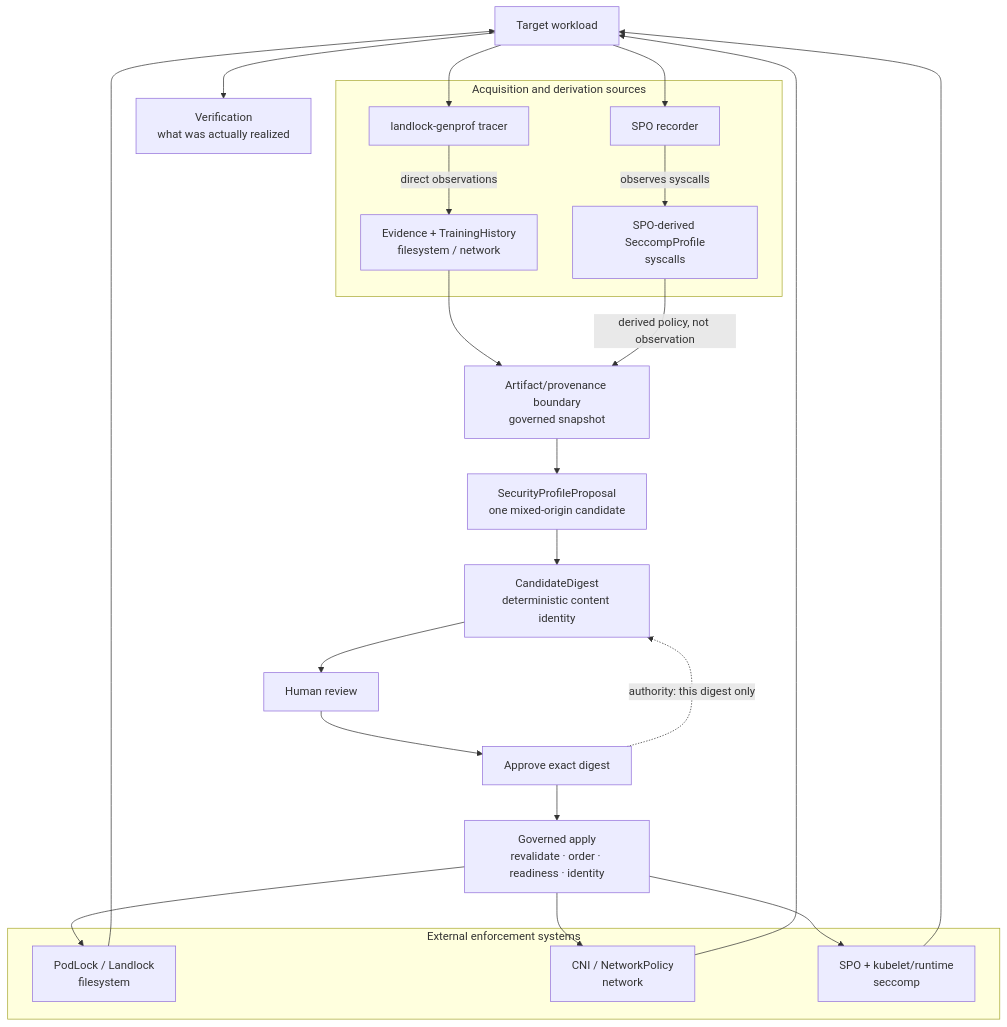
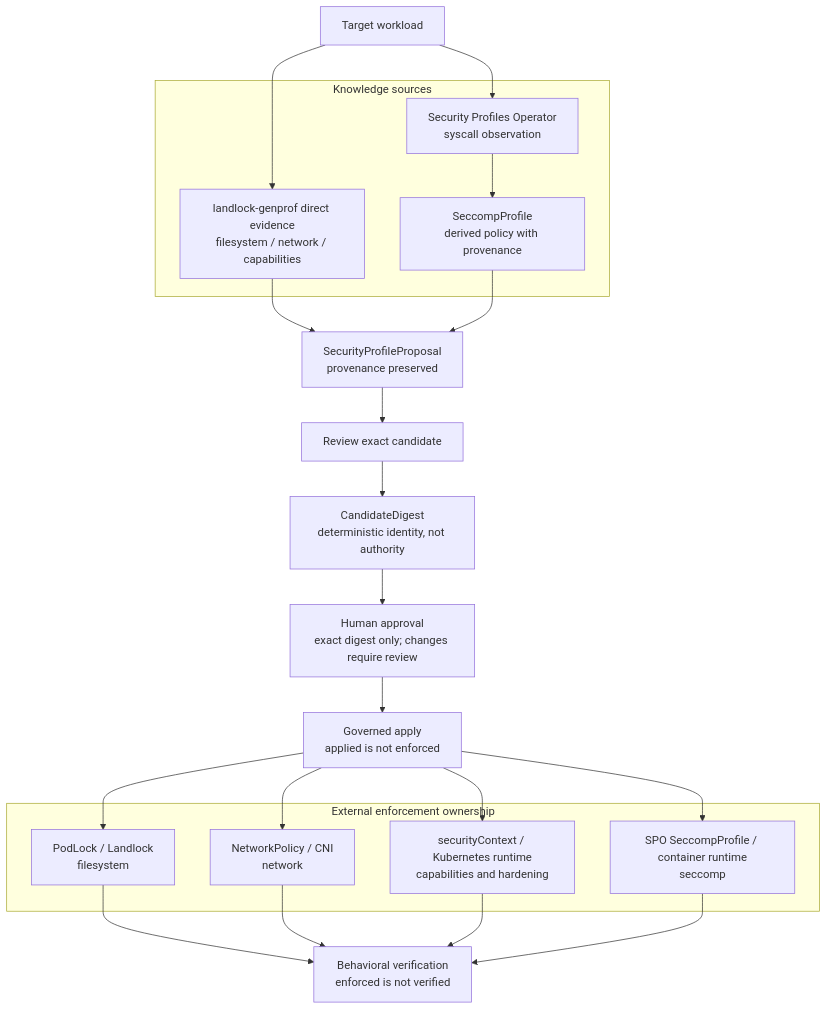
Before and after one commit to idriss-eliguene/landlock-genprof: the diagram in docs/architecture.md, drawn with Mermaid.

Commit message:
fix(docs): repair current architecture diagram (#146)

````diff
--- a/docs/architecture.md
+++ b/docs/architecture.md
@@ -11,42 +11,43 @@
 ```mermaid
 flowchart TD
     WORKLOAD["Target workload"]
 
-    subgraph sources["Acquisition and derivation sources"]
-        TRACER["landlock-genprof tracer"]
-        SPOREC["SPO recorder"]
-        HISTORY["Evidence + TrainingHistory<br/>filesystem / network"]
-        SPOSOURCE["SPO-derived SeccompProfile<br/>syscalls"]
+    subgraph SOURCES["Knowledge sources"]
+        DIRECT["landlock-genprof direct evidence<br/>filesystem / network / capabilities"]
+        SPO["Security Profiles Operator<br/>syscall observation"]
+        DERIVED["SeccompProfile<br/>derived policy with provenance"]
     end
 
-    SNAPSHOT["Artifact/provenance boundary<br/>governed snapshot"]
-    PROPOSAL["SecurityProfileProposal<br/>one mixed-origin candidate"]
-    DIGEST["CandidateDigest<br/>deterministic content identity"]
-    REVIEW["Human review"]
-    APPROVE["Approve exact digest"]
-    APPLY["Governed apply<br/>revalidate · order · readiness · identity"]
+    PROPOSAL["SecurityProfileProposal<br/>provenance preserved"]
+    REVIEW["Review exact candidate"]
+    DIGEST["CandidateDigest<br/>deterministic identity, not authority"]
+    APPROVAL["Human approval<br/>exact digest only; changes require review"]
+    APPLY["Governed apply<br/>applied is not enforced"]
 
-    subgraph backends["External enforcement systems"]
-        PODLOCK["PodLock / Landlock<br/>filesystem"]
-        CNI["CNI / NetworkPolicy<br/>network"]
-        SPO["SPO + kubelet/runtime<br/>seccomp"]
+    subgraph BACKENDS["External enforcement ownership"]
+        FILESYSTEM["PodLock / Landlock<br/>filesystem"]
+        NETWORK["NetworkPolicy / CNI<br/>network"]
+        HARDENING["securityContext / Kubernetes runtime<br/>capabilities and hardening"]
+        SECCOMP["SPO SeccompProfile / container runtime<br/>seccomp"]
     end
 
-    VERIFY["Verification<br/>what was actually realized"]
+    VERIFY["Behavioral verification<br/>enforced is not verified"]
 
-    WORKLOAD --> TRACER
-    WORKLOAD --> SPOREC
-    TRACER -->|"direct observations"| HISTORY
-    SPOREC -->|"observes syscalls"| SPOSOURCE
-    HISTORY --> SNAPSHOT
-    SPOSOURCE -->|"derived policy, not observation"| SNAPSHOT
-    SNAPSHOT --> PROPOSAL --> DIGEST --> REVIEW --> APPROVE --> APPLY
-    APPROVE -. "authority: this digest only" .-> DIGEST
-    APPLY --> PODLOCK
-    APPLY --> CNI
-    APPLY --> SPO
-    PODLOCK --> WORKLOAD
-    CNI --> WORKLOAD
-    SPO --> WORKLOAD
-    WORKLOAD --> VERIFY
+    WORKLOAD --> DIRECT
+    WORKLOAD --> SPO
+    SPO --> DERIVED
+    DIRECT --> PROPOSAL
+    DERIVED --> PROPOSAL
+    PROPOSAL --> REVIEW
+    REVIEW --> DIGEST
+    DIGEST --> APPROVAL
+    APPROVAL --> APPLY
+    APPLY --> FILESYSTEM
+    APPLY --> NETWORK
+    APPLY --> HARDENING
+    APPLY --> SECCOMP
+    FILESYSTEM --> VERIFY
+    NETWORK --> VERIFY
+    HARDENING --> VERIFY
+    SECCOMP --> VERIFY
 ```
````
